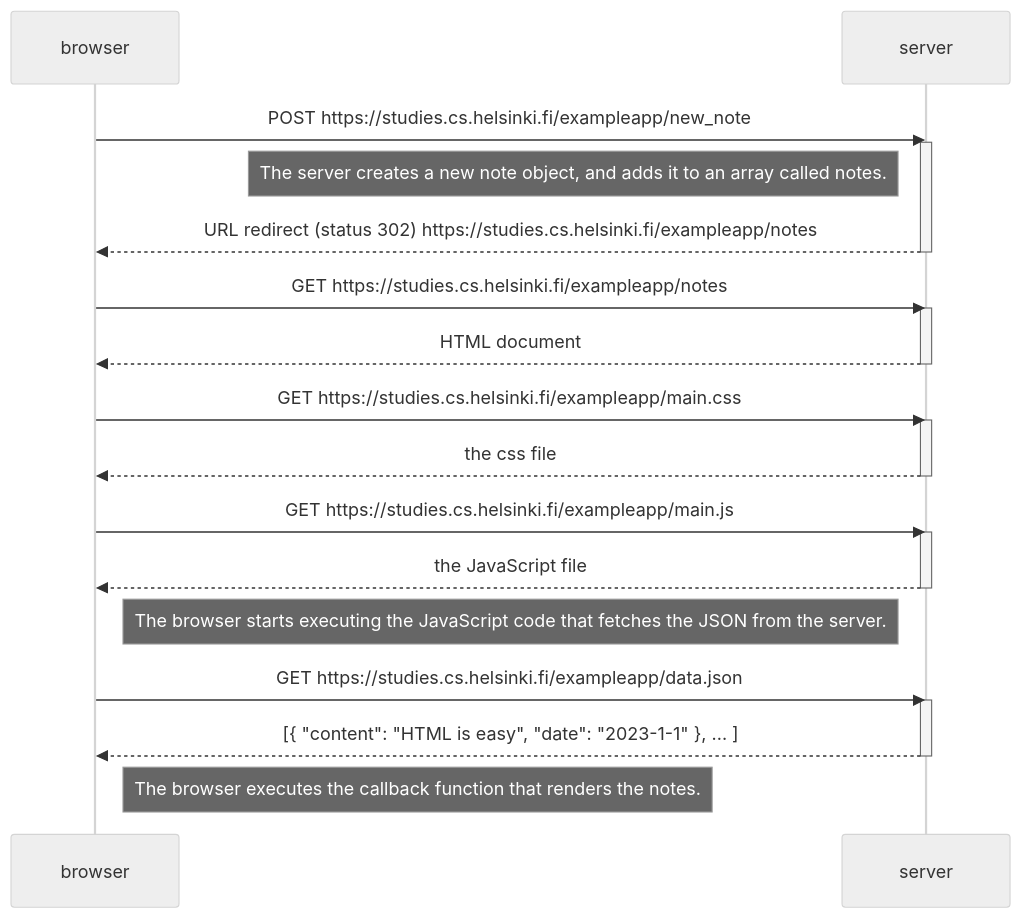
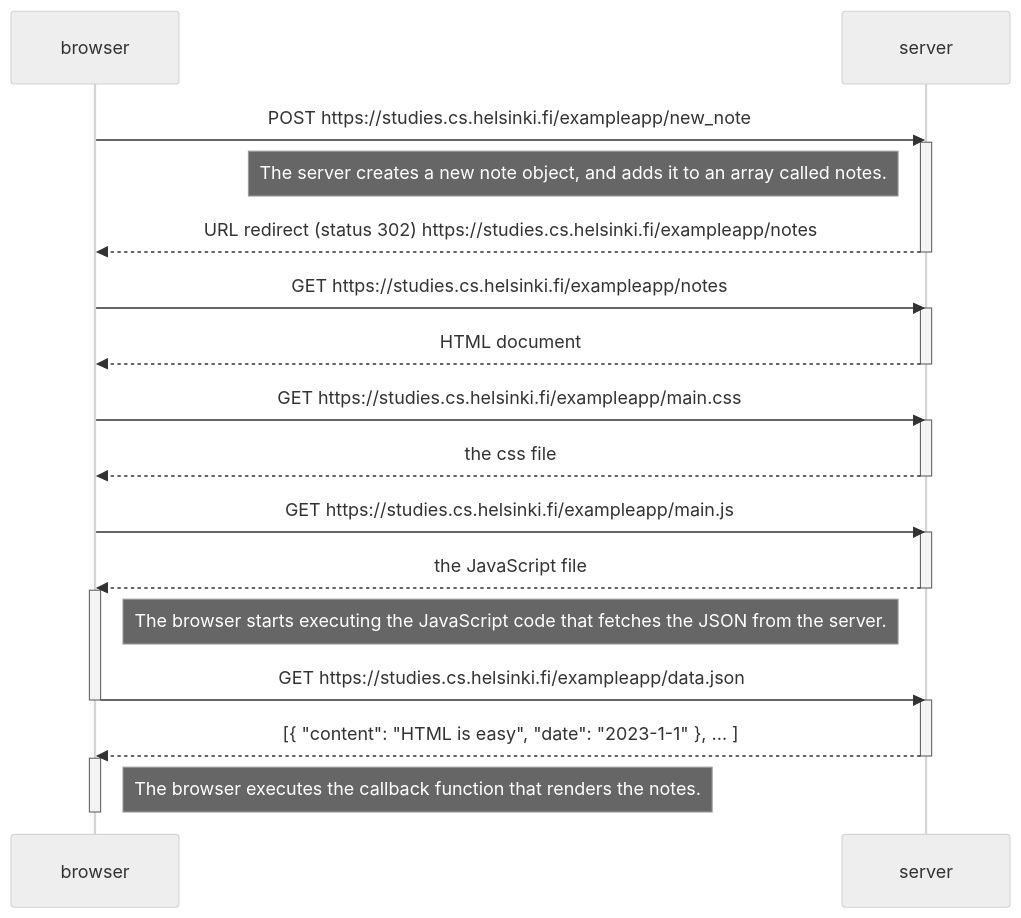
One commit to egvhauwa/fullstackopen changed the diagram in part0/4-new-note-diagram.md. Above: the diagram before and after it, drawn with Mermaid (neutral theme). The commit also changed 2 other files, not shown here.

Commit message:
complete part0

````diff
--- a/part0/4-new-note-diagram.md
+++ b/part0/4-new-note-diagram.md
@@ -1,37 +1,41 @@
 ```mermaid
 sequenceDiagram
     participant browser
     participant server
 
     browser->>server: POST https://studies.cs.helsinki.fi/exampleapp/new_note
     activate server
 
     Note left of server: The server creates a new note object, and adds it to an array called notes.
 
     server-->>browser: URL redirect (status 302) https://studies.cs.helsinki.fi/exampleapp/notes
     deactivate server
 
     browser->>server: GET https://studies.cs.helsinki.fi/exampleapp/notes
     activate server
     server-->>browser: HTML document
     deactivate server
 
     browser->>server: GET https://studies.cs.helsinki.fi/exampleapp/main.css
     activate server
     server-->>browser: the css file
     deactivate server
 
     browser->>server: GET https://studies.cs.helsinki.fi/exampleapp/main.js
     activate server
     server-->>browser: the JavaScript file
     deactivate server
 
+    activate browser
     Note right of browser: The browser starts executing the JavaScript code that fetches the JSON from the server.
 
     browser->>server: GET https://studies.cs.helsinki.fi/exampleapp/data.json
+    deactivate browser
     activate server
     server-->>browser: [{ "content": "HTML is easy", "date": "2023-1-1" }, ... ]
     deactivate server
 
+    activate browser
     Note right of browser: The browser executes the callback function that renders the notes.
+    deactivate browser
 ```
````
